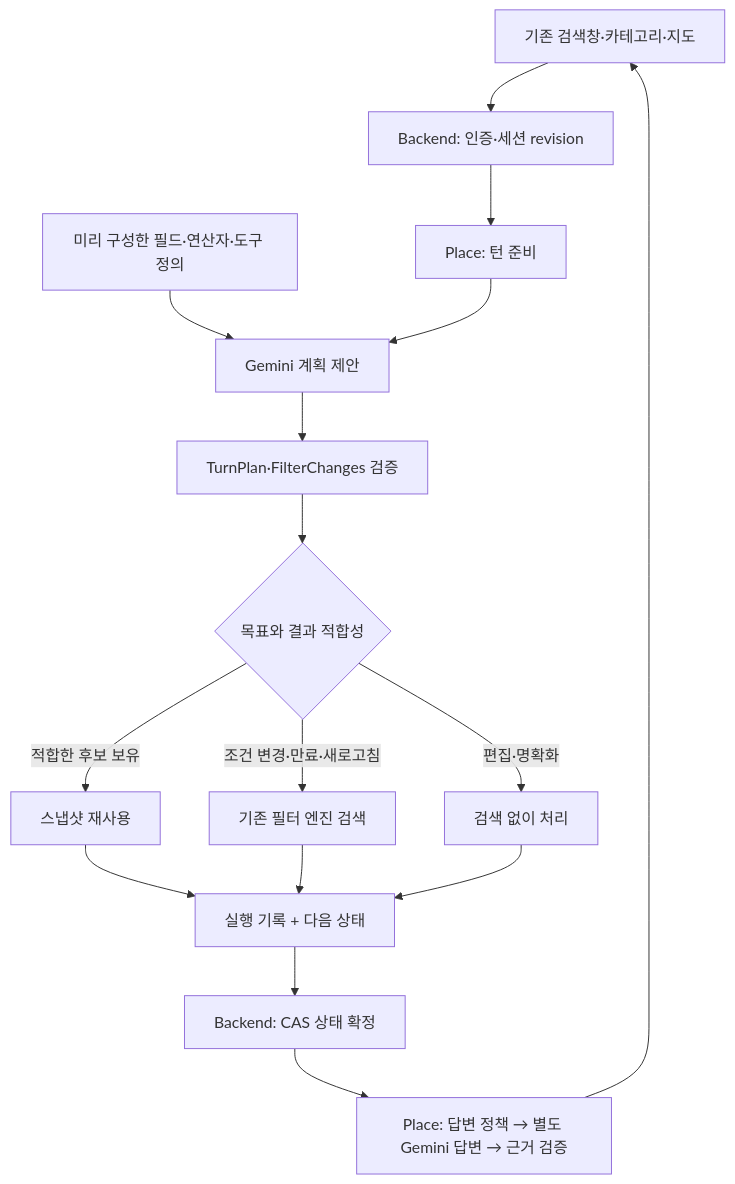
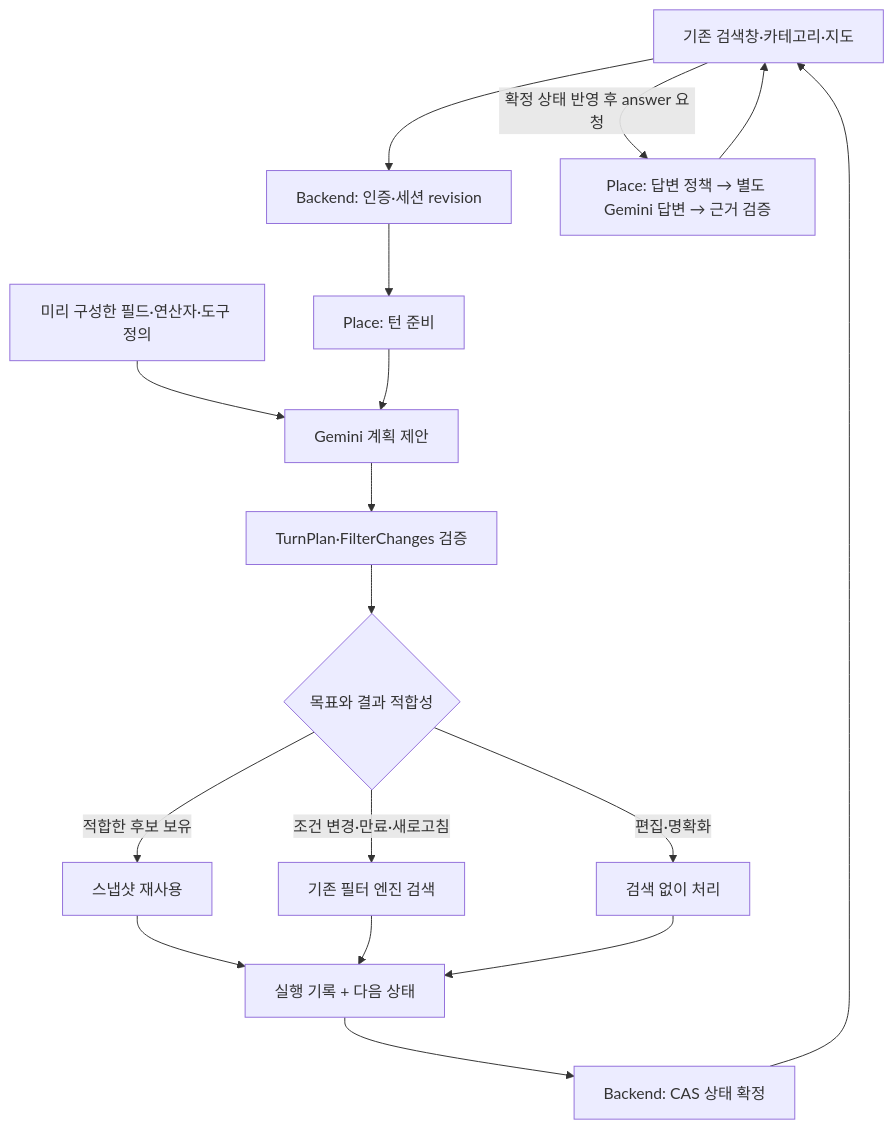
The diagram in docs/place/facility-tools.md (SAJOYO/DAENGS_dev), drawn with Mermaid before and after one commit. The commit also changed other lines of this file and 6 other files, not shown here.

````diff
--- a/docs/place/facility-tools.md
+++ b/docs/place/facility-tools.md
@@ -9,18 +9,19 @@
 ```mermaid
 flowchart TD
     UI[기존 검색창·카테고리·지도] --> API[Backend: 인증·세션 revision]
     API --> P[Place: 턴 준비]
     C[미리 구성한 필드·연산자·도구 정의] --> L[Gemini 계획 제안]
     P --> L
     L --> V[TurnPlan·FilterChanges 검증]
     V --> E{목표와 결과 적합성}
     E -->|적합한 후보 보유| R[스냅샷 재사용]
     E -->|조건 변경·만료·새로고침| S[기존 필터 엔진 검색]
     E -->|편집·명확화| N[검색 없이 처리]
     R --> RC[실행 기록 + 다음 상태]
     S --> RC
     N --> RC
     RC --> CAS[Backend: CAS 상태 확정]
-    CAS --> A[Place: 답변 정책 → 별도 Gemini 답변 → 근거 검증]
+    CAS --> UI
+    UI -->|확정 상태 반영 후 answer 요청| A[Place: 답변 정책 → 별도 Gemini 답변 → 근거 검증]
     A --> UI
 ```
````
